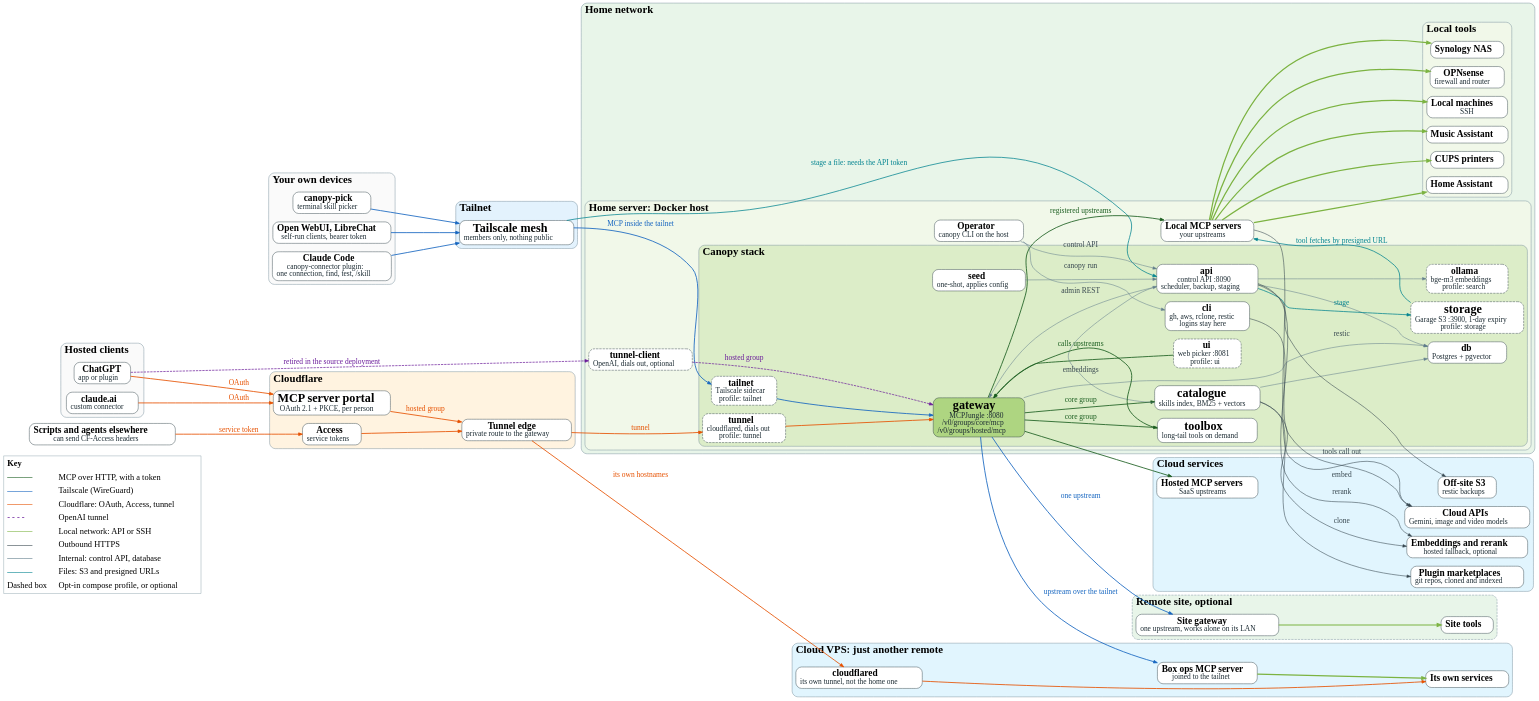
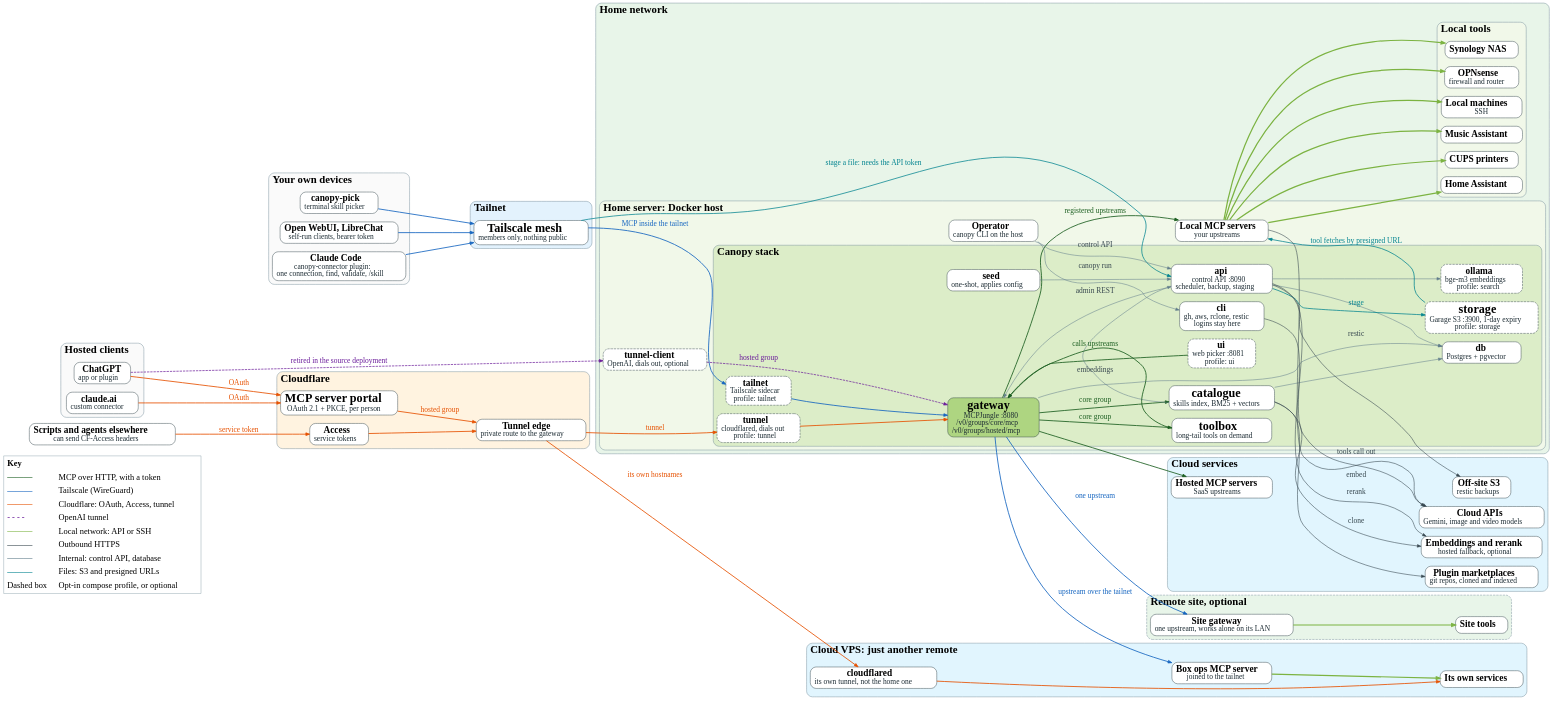
Before and after one commit to danielrosehill/Canopy: the diagram in docs/diagrams/home-canopy.dot, drawn with Graphviz. The commit also changed 23 other files, not shown here.

First line of the commit message:
Make validation one skill that also benchmarks retrieval, and put it in the install

```diff
--- a/docs/diagrams/home-canopy.dot
+++ b/docs/diagrams/home-canopy.dot
@@ -5,7 +5,7 @@
 edge [fontname="Atkinson Hyperlegible", fontsize=16, arrowsize=0.8];
 legend [shape=plaintext, fontsize=18, label=<<TABLE BORDER="1" COLOR="#90a4ae" CELLBORDER="0" CELLSPACING="3" CELLPADDING="3"><TR><TD COLSPAN="2" ALIGN="LEFT"><B>Key</B></TD></TR><TR><TD ALIGN="LEFT"><FONT COLOR="#1b5e20"><B>———</B></FONT></TD><TD ALIGN="LEFT">MCP over HTTP, with a token</TD></TR><TR><TD ALIGN="LEFT"><FONT COLOR="#1565c0"><B>———</B></FONT></TD><TD ALIGN="LEFT">Tailscale (WireGuard)</TD></TR><TR><TD ALIGN="LEFT"><FONT COLOR="#e65100"><B>———</B></FONT></TD><TD ALIGN="LEFT">Cloudflare: OAuth, Access, tunnel</TD></TR><TR><TD ALIGN="LEFT"><FONT COLOR="#6a1b9a"><B>- - - -</B></FONT></TD><TD ALIGN="LEFT">OpenAI tunnel</TD></TR><TR><TD ALIGN="LEFT"><FONT COLOR="#7cb342"><B>———</B></FONT></TD><TD ALIGN="LEFT">Local network: API or SSH</TD></TR><TR><TD ALIGN="LEFT"><FONT COLOR="#37474f"><B>———</B></FONT></TD><TD ALIGN="LEFT">Outbound HTTPS</TD></TR><TR><TD ALIGN="LEFT"><FONT COLOR="#607d8b"><B>———</B></FONT></TD><TD ALIGN="LEFT">Internal: control API, database</TD></TR><TR><TD ALIGN="LEFT"><FONT COLOR="#00838f"><B>———</B></FONT></TD><TD ALIGN="LEFT">Files: S3 and presigned URLs</TD></TR><TR><TD ALIGN="LEFT">Dashed box</TD><TD ALIGN="LEFT">Opt-in compose profile, or optional</TD></TR></TABLE>>];
 subgraph cluster_own { label=<<B>Your own devices</B>>; labeljust=l; style="rounded,filled"; fillcolor="#fafafa"; color="#78909c"; fontsize=23;
-cc [label=<<B>Claude Code</B><BR/><FONT POINT-SIZE="16" COLOR="#1c2b33">canopy-connector plugin:<br/>one connection, find, test, /skill</FONT>>, style="rounded,filled", fillcolor="white"];
+cc [label=<<B>Claude Code</B><BR/><FONT POINT-SIZE="16" COLOR="#1c2b33">canopy-connector plugin:<br/>one connection, find, validate, /skill</FONT>>, style="rounded,filled", fillcolor="white"];
 pick [label=<<B>canopy-pick</B><BR/><FONT POINT-SIZE="16" COLOR="#1c2b33">terminal skill picker</FONT>>, style="rounded,filled", fillcolor="white"];
 webui [label=<<B>Open WebUI, LibreChat</B><BR/><FONT POINT-SIZE="16" COLOR="#1c2b33">self-run clients, bearer token</FONT>>, style="rounded,filled", fillcolor="white"];
 }
```
